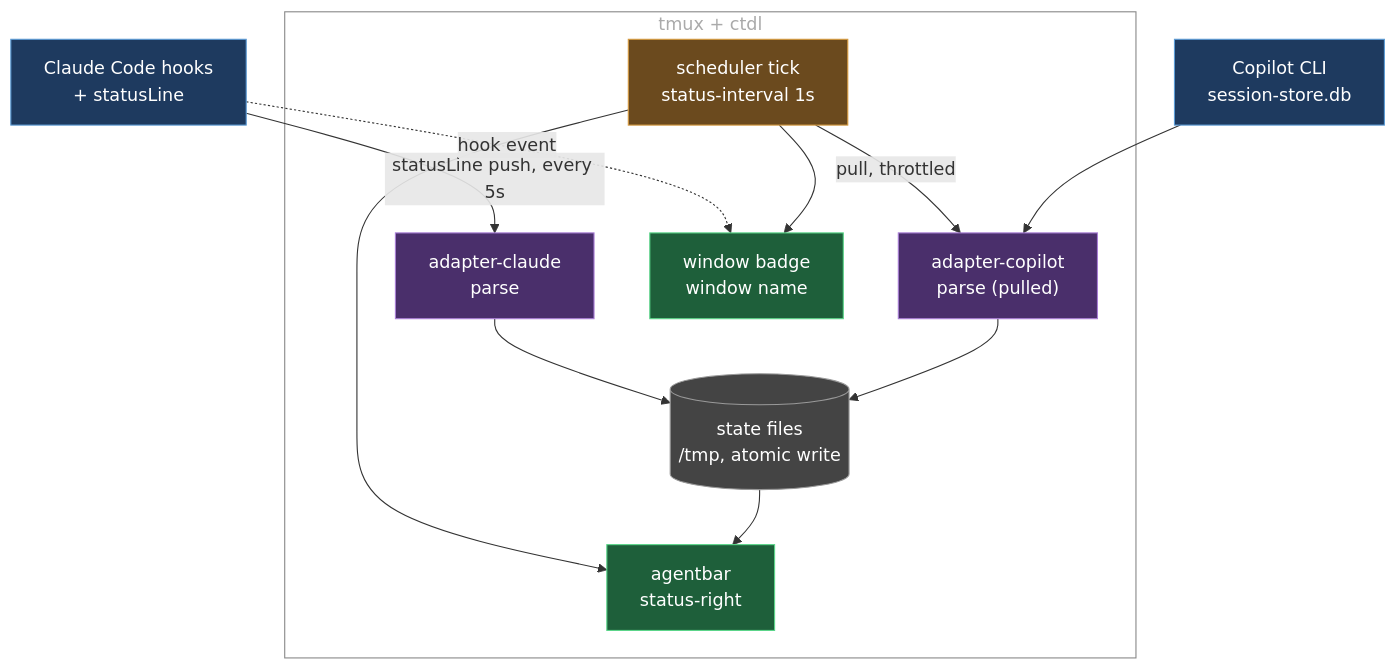
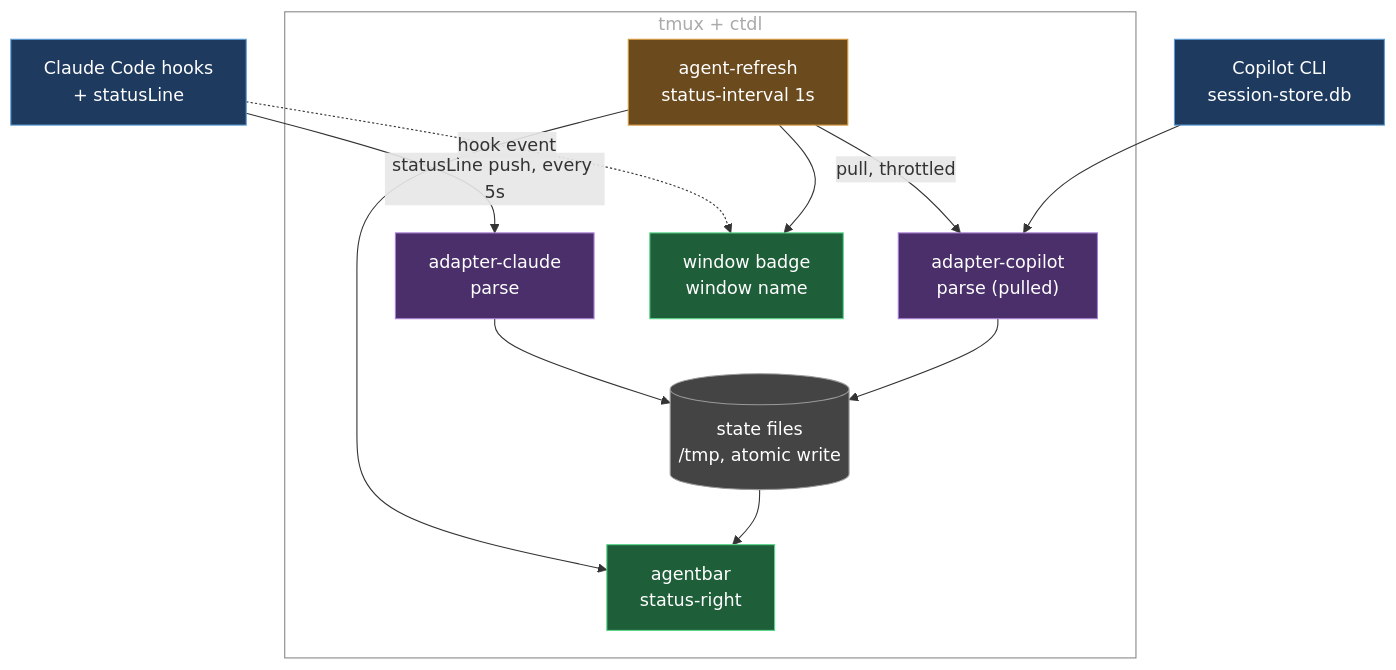
One commit to marcintk/tmux-ctdl changed the diagram in README.md. Above: the diagram before and after it, drawn with Mermaid. The commit also changed other lines of this file and 6 other files, not shown here.

First line of the commit message:
rename: wintab-tick verb -> agent-refresh

````diff
--- a/README.md
+++ b/README.md
@@ -111,33 +110,33 @@
 ```mermaid
 graph TD
   claude["Claude Code hooks<br/>+ statusLine"]:::src
   copilot["Copilot CLI<br/>session-store.db"]:::src
 
   subgraph ctdl["tmux + ctdl"]
-    tick["scheduler tick<br/>status-interval 1s"]:::sched
+    tick["agent-refresh<br/>status-interval 1s"]:::sched
     adapterClaude["adapter-claude<br/>parse"]:::adapter
     adapterCopilot["adapter-copilot<br/>parse (pulled)"]:::adapter
     state[("state files<br/>/tmp, atomic write")]:::store
     agentbar["agentbar<br/>status-right"]:::out
     wintab["window badge<br/>window name"]:::out
   end
 
   claude -- statusLine push, every 5s --> adapterClaude
   tick -- pull, throttled --> adapterCopilot
   copilot --> adapterCopilot
 
   adapterClaude --> state
   adapterCopilot --> state
   claude -. hook event .-> wintab
 
   tick --> agentbar
   tick --> wintab
   state --> agentbar
 
   classDef src fill:#1e3a5f,stroke:#5b9bd5,color:#fff
   classDef adapter fill:#4a2f6b,stroke:#a97fd6,color:#fff
   classDef store fill:#444,stroke:#999,color:#fff
   classDef sched fill:#6b4a1e,stroke:#d69a3f,color:#fff
   classDef out fill:#1e5f3a,stroke:#5bd68a,color:#fff
   style ctdl fill:none,stroke:#888,color:#aaa
 ```
````
